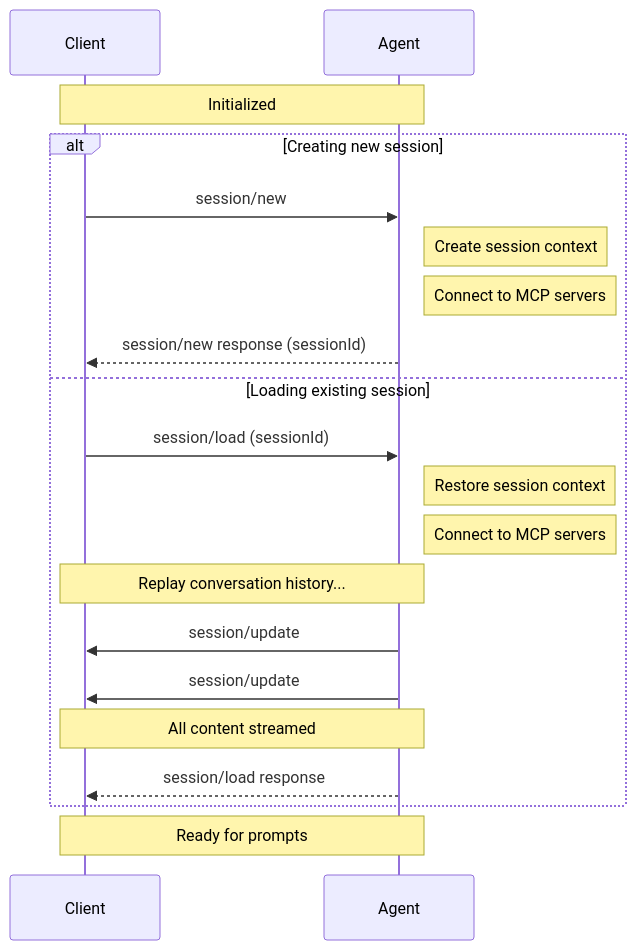
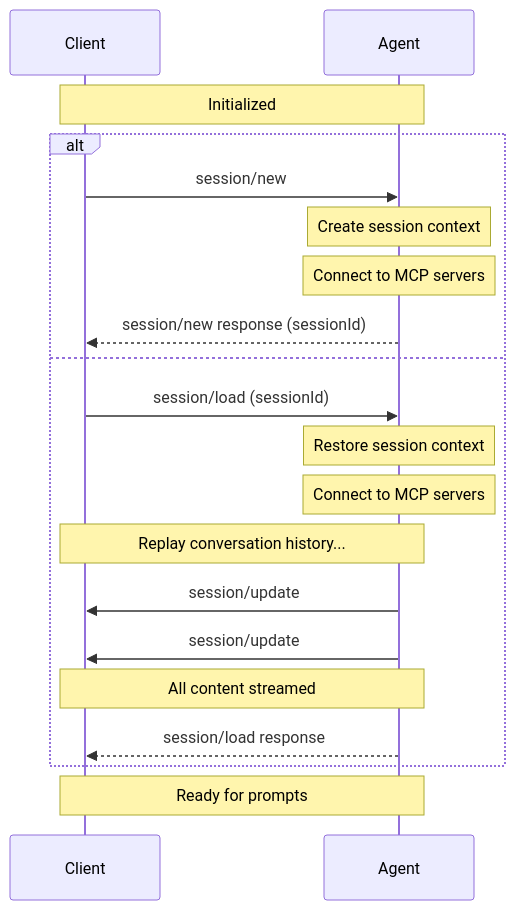
Before and after one commit to zed-industries/agent-client-protocol: the diagram in docs/protocol/session-setup.mdx, drawn with Mermaid.

Commit message:
Simplify session setup diagram

````diff
--- a/docs/protocol/session-setup.mdx
+++ b/docs/protocol/session-setup.mdx
@@ -12,25 +12,25 @@
 ```mermaid
 sequenceDiagram
     participant Client
     participant Agent
 
     Note over Agent,Client: Initialized
 
-    alt Creating new session
+    alt
         Client->>Agent: session/new
-        Note right of Agent: Create session context
-        Note right of Agent: Connect to MCP servers
+        Note over Agent: Create session context
+        Note over Agent: Connect to MCP servers
         Agent-->>Client: session/new response (sessionId)
-    else Loading existing session
+    else
         Client->>Agent: session/load (sessionId)
-        Note right of Agent: Restore session context
-        Note right of Agent: Connect to MCP servers
+        Note over Agent: Restore session context
+        Note over Agent: Connect to MCP servers
         Note over Agent,Client: Replay conversation history...
         Agent->>Client: session/update
         Agent->>Client: session/update
         Note over Agent,Client: All content streamed
         Agent-->>Client: session/load response
     end
 
     Note over Client,Agent: Ready for prompts
 ```
````
